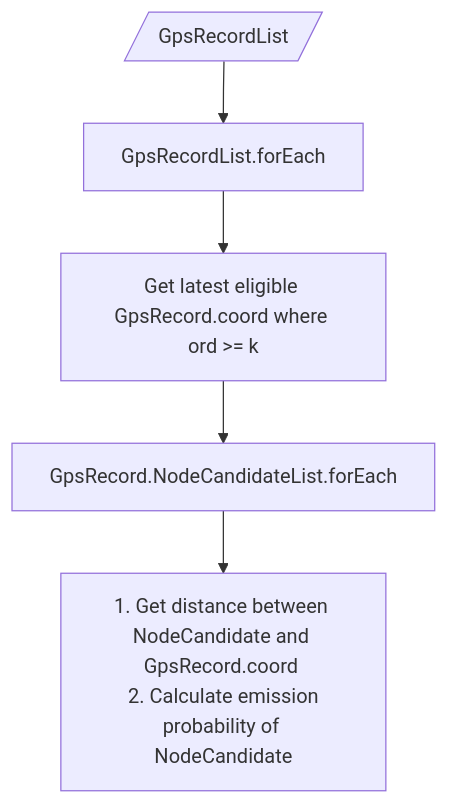
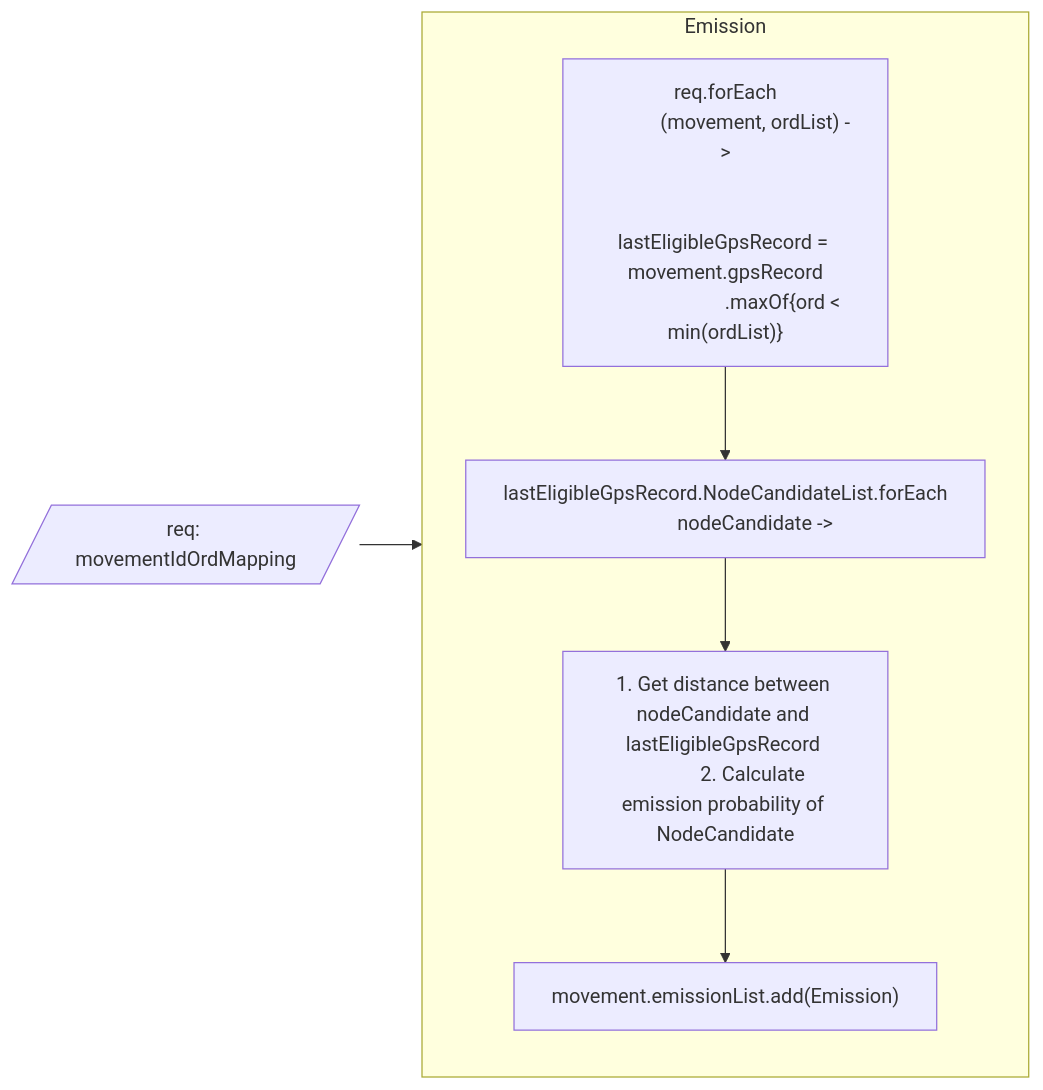
One commit to tw-yoo/appmeter-revising-flowchart changed the diagram in 3_emission.mmd. Above: the diagram before and after it, drawn with Mermaid. The commit also changed 6 other files, not shown here.

```diff
--- a/3_emission.mmd
+++ b/3_emission.mmd
@@ -1,10 +1,30 @@
-flowchart TD
-    I[/GpsRecordList/]
-    GpsRecordListLoop[GpsRecordList.forEach]
-    LatestEligibleCoord[Get latest eligible GpsRecord.coord where ord >= k]
-    NodeCandidateListLoop[GpsRecord.NodeCandidateList.forEach]
+flowchart LR
+    Input[/req: movementIdOrdMapping/]
 
-    GetEmission[1. Get distance between NodeCandidate and GpsRecord.coord <br> 2. Calculate emission probability of NodeCandidate]
+    subgraph Emission
 
-    I --> GpsRecordListLoop --> LatestEligibleCoord --> NodeCandidateListLoop
-    NodeCandidateListLoop --> GetEmission
+        ReqForEach["
+            req.forEach
+            (movement, ordList) ->
+
+            lastEligibleGpsRecord = movement.gpsRecord
+			.maxOf{ord < min(ordList)}
+        "]
+
+        NodeCandidateListLoop["
+            lastEligibleGpsRecord.NodeCandidateList.forEach
+            nodeCandidate ->
+        "]
+
+        GetEmission["
+            1. Get distance between nodeCandidate and lastEligibleGpsRecord 
+            2. Calculate emission probability of NodeCandidate
+        "]
+
+        AddEmission["
+            movement.emissionList.add(Emission)
+        "]
+        
+        ReqForEach --> NodeCandidateListLoop --> GetEmission --> AddEmission
+    end
+    Input --> Emission
```
